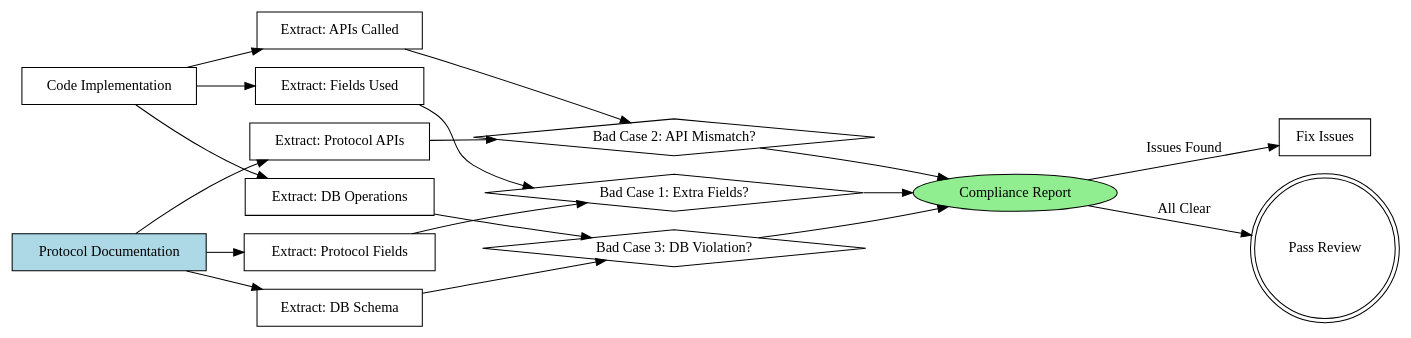
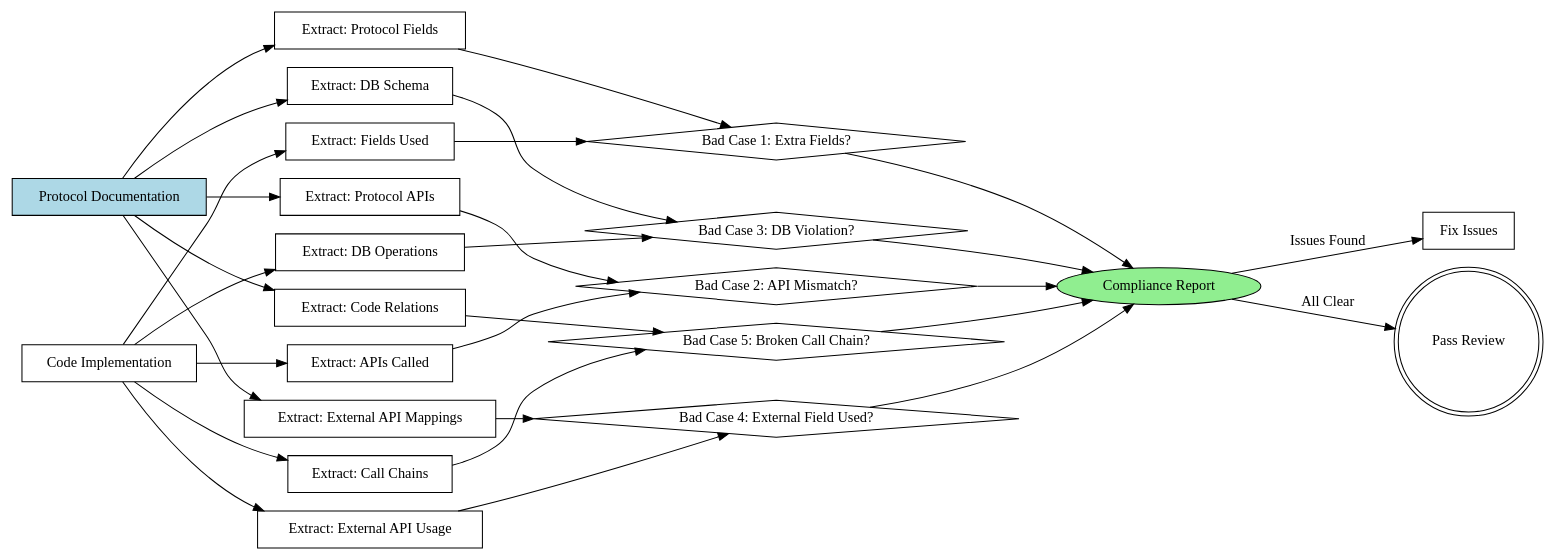
Before and after one commit to qiran87/superpowers: the diagram in skills/protocol-compliance-check/SKILL.md, drawn with Graphviz. The commit also changed other lines of this file and 3 other files, not shown here.

````diff
--- a/skills/protocol-compliance-check/SKILL.md
+++ b/skills/protocol-compliance-check/SKILL.md
@@ -41,48 +41,66 @@
 ```dot
 digraph protocol_compliance {
     rankdir=LR;
 
     "Code Implementation" [shape=box];
     "Protocol Documentation" [shape=box, style=filled, fillcolor=lightblue];
 
     "Extract: Fields Used" [shape=box];
     "Extract: APIs Called" [shape=box];
     "Extract: DB Operations" [shape=box];
+    "Extract: Call Chains" [shape=box];
+    "Extract: External API Usage" [shape=box];
 
     "Extract: Protocol Fields" [shape=box];
     "Extract: Protocol APIs" [shape=box];
     "Extract: DB Schema" [shape=box];
+    "Extract: Code Relations" [shape=box];
+    "Extract: External API Mappings" [shape=box];
 
     "Bad Case 1: Extra Fields?" [shape=diamond];
     "Bad Case 2: API Mismatch?" [shape=diamond];
     "Bad Case 3: DB Violation?" [shape=diamond];
+    "Bad Case 4: External Field Used?" [shape=diamond];
+    "Bad Case 5: Broken Call Chain?" [shape=diamond];
 
     "Compliance Report" [shape=ellipse, style=filled, fillcolor=lightgreen];
     "Fix Issues" [shape=box];
     "Pass Review" [shape=doublecircle];
 
     "Code Implementation" -> "Extract: Fields Used";
     "Code Implementation" -> "Extract: APIs Called";
     "Code Implementation" -> "Extract: DB Operations";
+    "Code Implementation" -> "Extract: Call Chains";
+    "Code Implementation" -> "Extract: External API Usage";
 
     "Protocol Documentation" -> "Extract: Protocol Fields";
     "Protocol Documentation" -> "Extract: Protocol APIs";
     "Protocol Documentation" -> "Extract: DB Schema";
+    "Protocol Documentation" -> "Extract: Code Relations";
+    "Protocol Documentation" -> "Extract: External API Mappings";
 
     "Extract: Fields Used" -> "Bad Case 1: Extra Fields?";
     "Extract: Protocol Fields" -> "Bad Case 1: Extra Fields?";
 
     "Extract: APIs Called" -> "Bad Case 2: API Mismatch?";
     "Extract: Protocol APIs" -> "Bad Case 2: API Mismatch?";
 
     "Extract: DB Operations" -> "Bad Case 3: DB Violation?";
     "Extract: DB Schema" -> "Bad Case 3: DB Violation?";
 
+    "Extract: External API Usage" -> "Bad Case 4: External Field Used?";
+    "Extract: External API Mappings" -> "Bad Case 4: External Field Used?";
+
+    "Extract: Call Chains" -> "Bad Case 5: Broken Call Chain?";
+    "Extract: Code Relations" -> "Bad Case 5: Broken Call Chain?";
+
     "Bad Case 1: Extra Fields?" -> "Compliance Report";
     "Bad Case 2: API Mismatch?" -> "Compliance Report";
     "Bad Case 3: DB Violation?" -> "Compliance Report";
+    "Bad Case 4: External Field Used?" -> "Compliance Report";
+    "Bad Case 5: Broken Call Chain?" -> "Compliance Report";
 
     "Compliance Report" -> "Fix Issues" [label="Issues Found"];
     "Compliance Report" -> "Pass Review" [label="All Clear"];
 }
 ```
````
